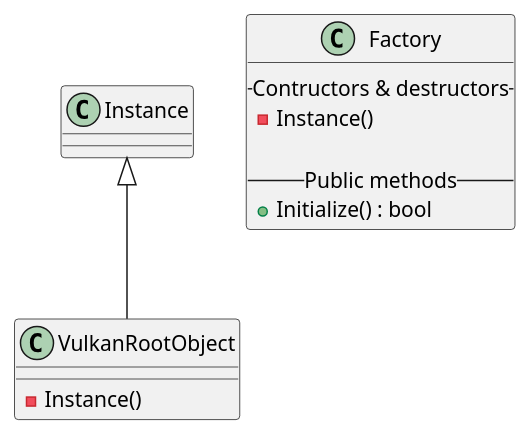
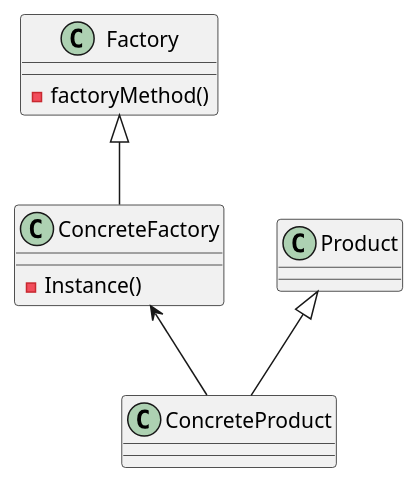
Before and after one commit to staticxrjc/Design-Patterns: the diagram in abstract-factory/UML/diagram.puml, drawn with PlantUML.

```diff
--- a/abstract-factory/UML/diagram.puml
+++ b/abstract-factory/UML/diagram.puml
@@ -1,15 +1,22 @@
 @startuml
-Instance <|-- VulkanRootObject
+Factory <|-- ConcreteFactory
+Product <|-- ConcreteProduct
+ConcreteFactory <-- ConcreteProduct
+
 
 class Factory{
-    -- Contructors & destructors --
-    - Instance()
-    
-    -- Public methods --
-    + Initialize() : bool
+    - factoryMethod()
 }
 
-class VulkanRootObject {
+class ConcreteFactory {
     - Instance()
 }
+
+class Product{
+
+}
+
+class ConcreteProduct {
+
+}
 @enduml
```
